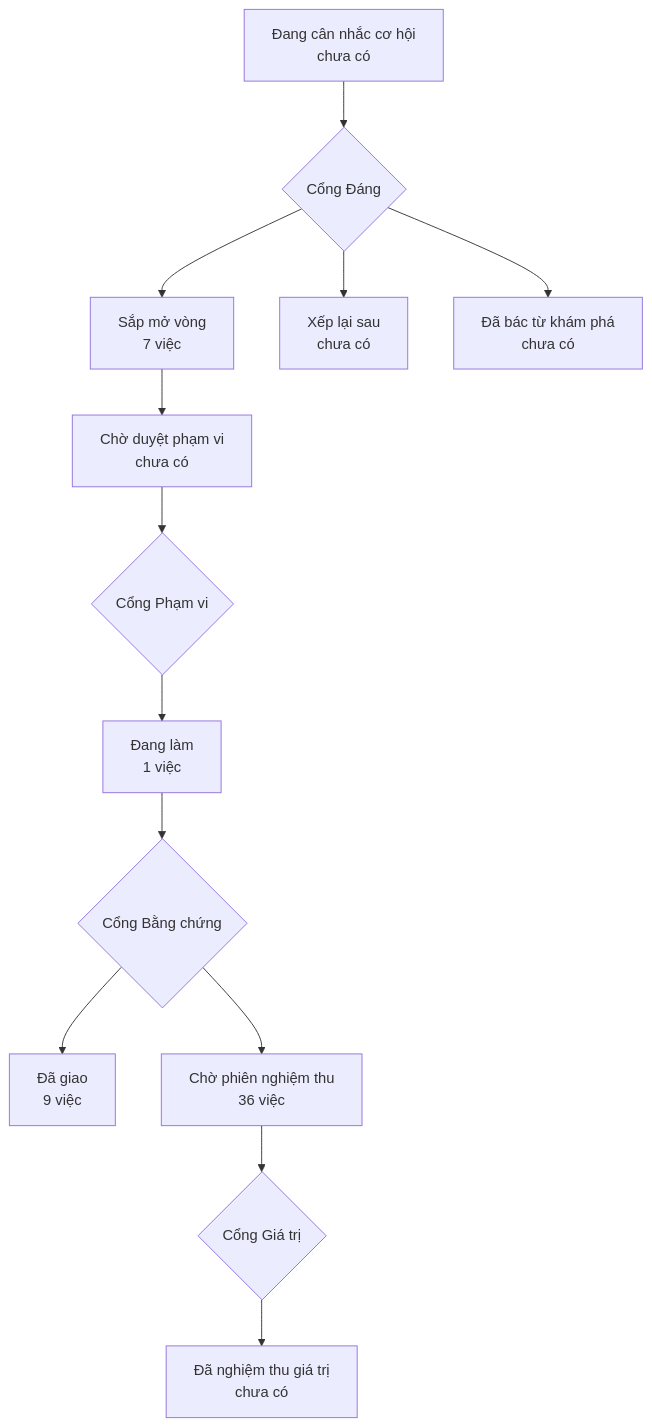
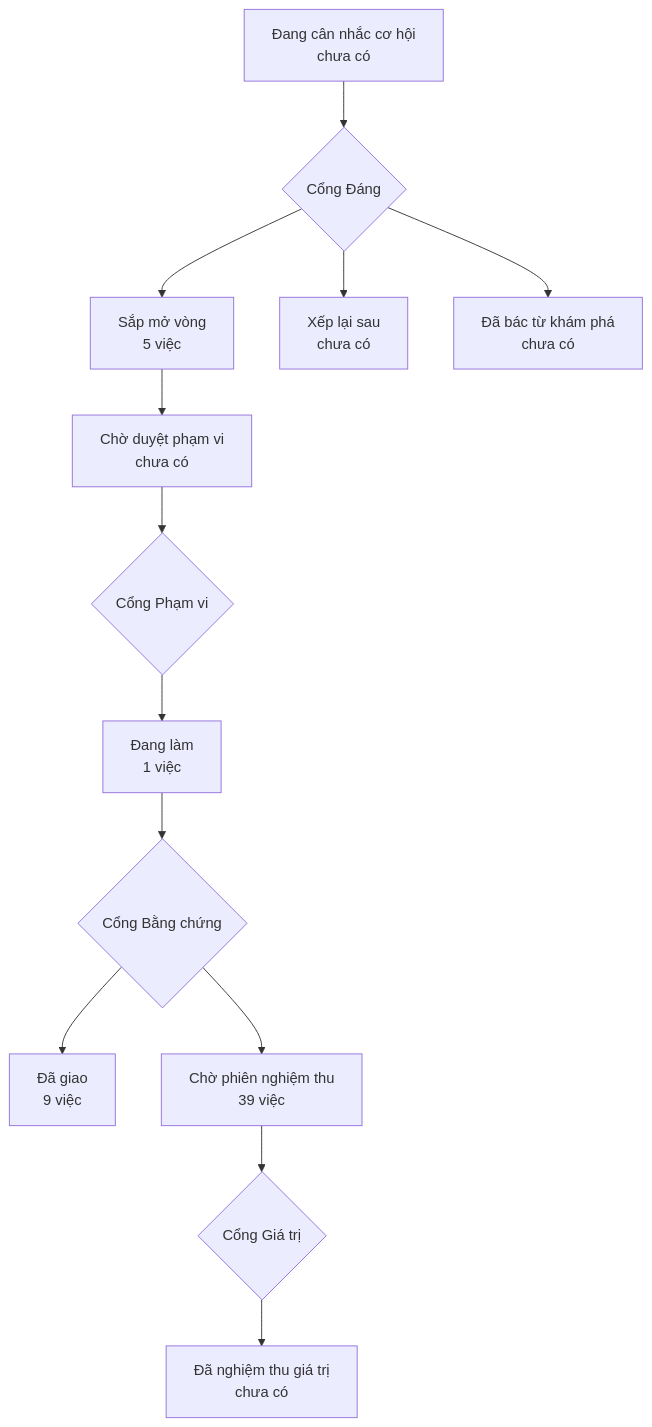
Before and after one commit to phanlemanh/onehub-quy-hang: the diagram in PRODUCT-MAP.md, drawn with Mermaid. The commit also changed other lines of this file and 1 other file, not shown here.

````diff
--- a/PRODUCT-MAP.md
+++ b/PRODUCT-MAP.md
@@ -7,12 +7,12 @@
 ```mermaid
 flowchart TD
   A["Đang cân nhắc cơ hội<br/>chưa có"] --> GD{"Cổng Đáng"}
-  GD --> B["Sắp mở vòng<br/>7 việc"]
+  GD --> B["Sắp mở vòng<br/>5 việc"]
   GD --> XL["Xếp lại sau<br/>chưa có"]
   GD --> DB["Đã bác từ khám phá<br/>chưa có"]
   B --> CD["Chờ duyệt phạm vi<br/>chưa có"] --> GP{"Cổng Phạm vi"}
   GP --> DL["Đang làm<br/>1 việc"] --> GB{"Cổng Bằng chứng"}
   GB --> DG["Đã giao<br/>9 việc"]
-  GB --> CN["Chờ phiên nghiệm thu<br/>36 việc"] --> GG{"Cổng Giá trị"}
+  GB --> CN["Chờ phiên nghiệm thu<br/>39 việc"] --> GG{"Cổng Giá trị"}
   GG --> NT["Đã nghiệm thu giá trị<br/>chưa có"]
 ```
````
